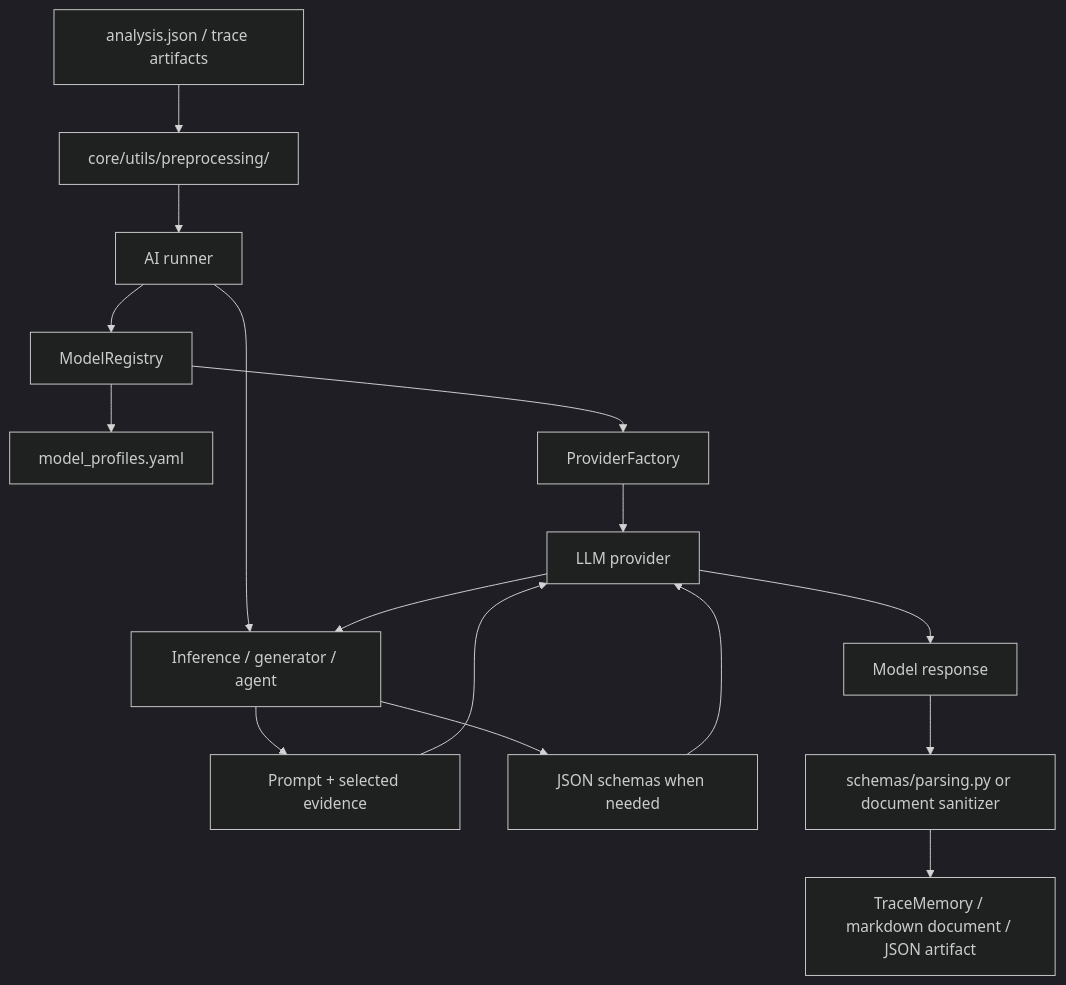
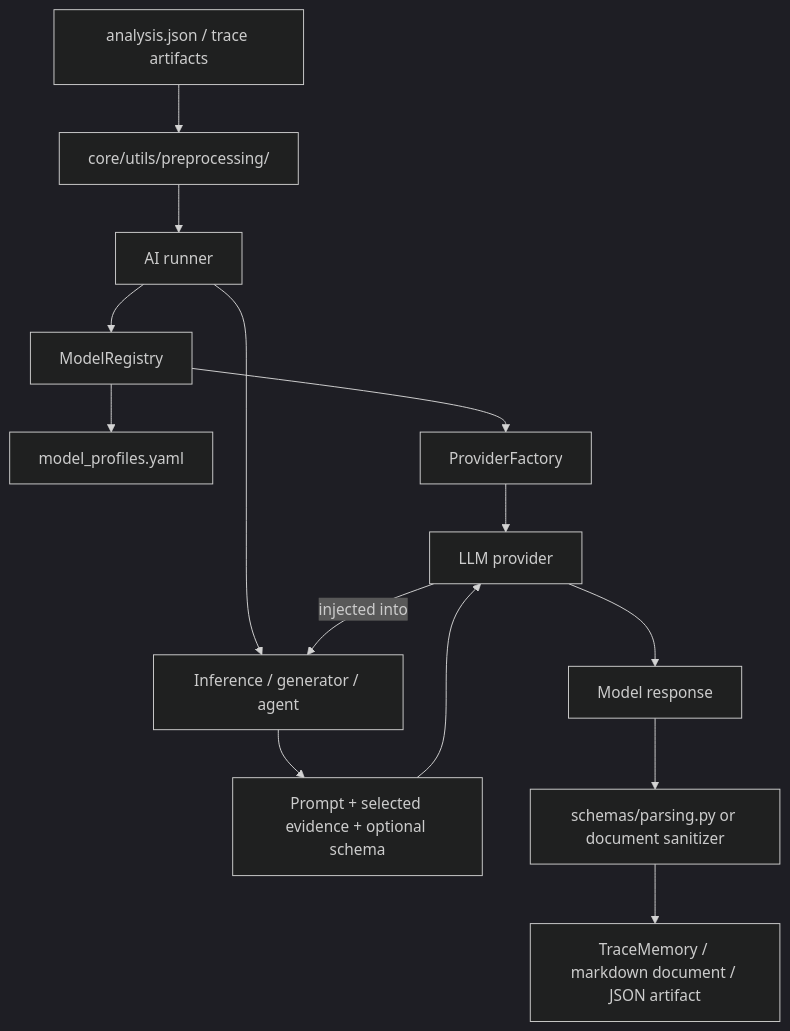
One commit to pablo-972/AIM changed the first of 2 diagrams in docs/ai/README.md. Above: the diagram before and after it, drawn with Mermaid (dark theme).

````diff
--- a/docs/ai/README.md
+++ b/docs/ai/README.md
@@ -17,22 +17,20 @@
 ```mermaid
 flowchart TD
     Artifacts[analysis.json / trace artifacts] --> Preprocessing[core/utils/preprocessing/]
     Preprocessing --> Runner[AI runner]
 
     Runner --> Registry[ModelRegistry]
     Registry --> Profiles[model_profiles.yaml]
     Registry --> Factory[ProviderFactory]
     Factory --> Provider[LLM provider]
 
     Runner --> Inference[Inference / generator / agent]
-    Provider --> Inference
+    Provider -- injected into --> Inference
 
-    Inference --> Prompt[Prompt + selected evidence]
-    Inference --> Schemas[JSON schemas when needed]
-    Prompt --> Provider
-    Schemas --> Provider
+    Inference --> Request[Prompt + selected evidence + optional schema]
+    Request --> Provider
 
     Provider --> Response[Model response]
     Response --> Parsing[schemas/parsing.py or document sanitizer]
     Parsing --> Output[TraceMemory / markdown document / JSON artifact]
 ```
````
